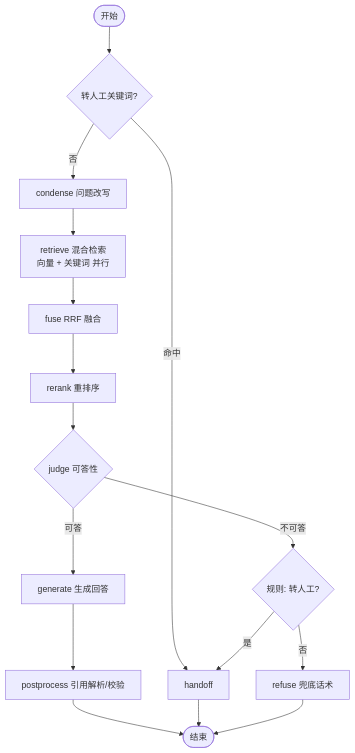
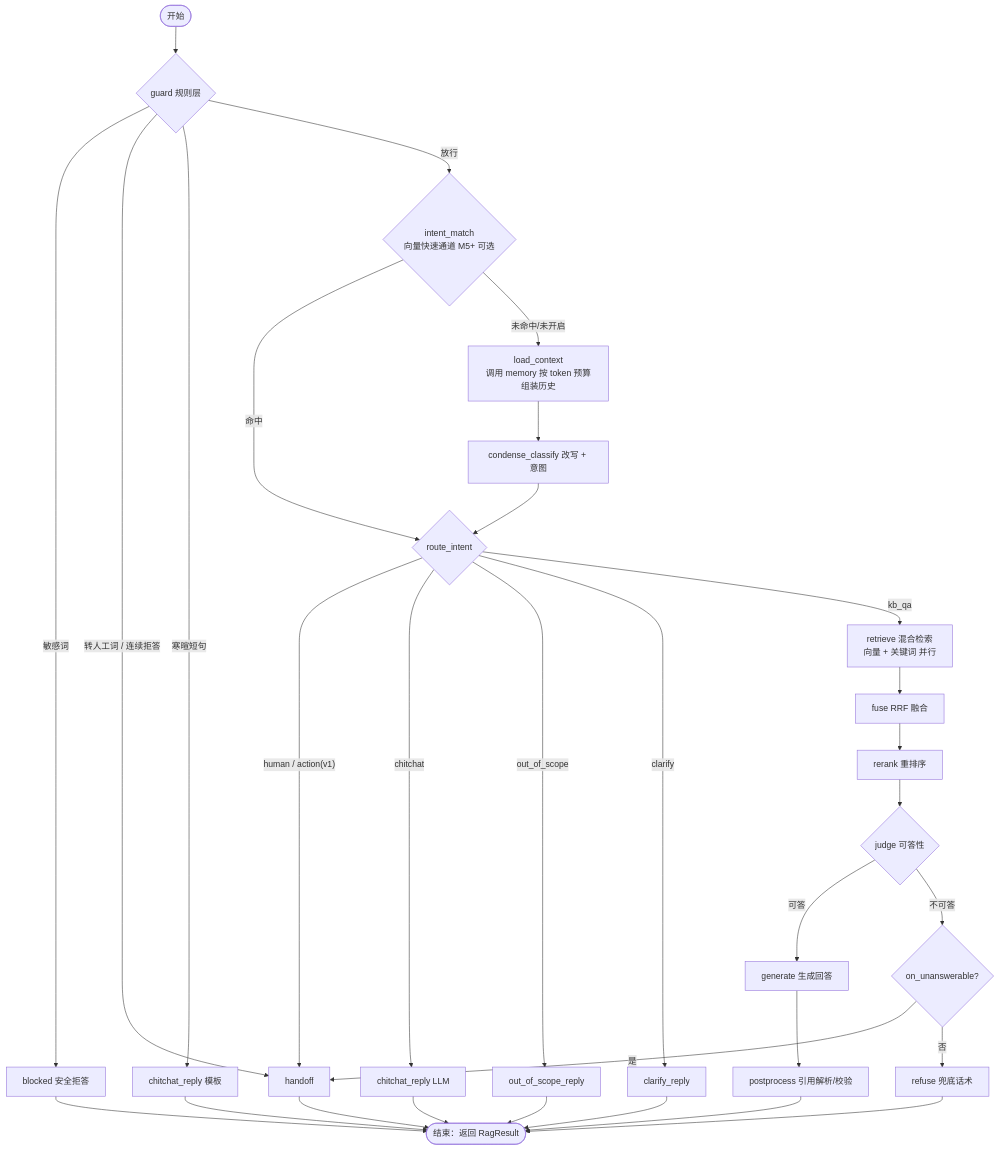
Before and after one commit to YKkksss/AIIntelligentCustomerService: the diagram in docs/02-architecture/03-RAG流程设计.md, drawn with Mermaid. The commit also changed other lines of this file and 41 other files, not shown here.

````diff
--- a/docs/02-architecture/03-RAG流程设计.md
+++ b/docs/02-architecture/03-RAG流程设计.md
@@ -4,18 +7,27 @@
 ```mermaid
 flowchart TD
-  S([开始]) --> G{转人工关键词?}
-  G -- 命中 --> H[handoff]
-  G -- 否 --> C[condense 问题改写]
-  C --> R[retrieve 混合检索<br/>向量 + 关键词 并行]
+  S([开始]) --> G{guard 规则层}
+  G -- 敏感词 --> B[blocked 安全拒答]
+  G -- 转人工词 / 连续拒答 --> H[handoff]
+  G -- 寒暄短句 --> CT[chitchat_reply 模板]
+  G -- 放行 --> V{intent_match<br/>向量快速通道 M5+ 可选}
+  V -- 命中 --> RT
+  V -- 未命中/未开启 --> LC[load_context<br/>调用 memory 按 token 预算组装历史]
+  LC --> C[condense_classify 改写 + 意图]
+  C --> RT{route_intent}
+  RT -- human / action(v1) --> H
+  RT -- chitchat --> CL[chitchat_reply LLM]
+  RT -- out_of_scope --> O[out_of_scope_reply]
+  RT -- clarify --> Q[clarify_reply]
+  RT -- kb_qa --> R[retrieve 混合检索<br/>向量 + 关键词 并行]
   R --> F[fuse RRF 融合]
   F --> K[rerank 重排序]
   K --> J{judge 可答性}
   J -- 可答 --> A[generate 生成回答]
-  J -- 不可答 --> X{规则: 转人工?}
+  J -- 不可答 --> X{on_unanswerable?}
   X -- 是 --> H
   X -- 否 --> N[refuse 兜底话术]
   A --> P[postprocess 引用解析/校验]
-  P --> E([结束])
-  H --> E
-  N --> E
+  P --> E([结束：返回 RagResult])
+  B & H & N & CT & CL & O & Q --> E
 ```
````
